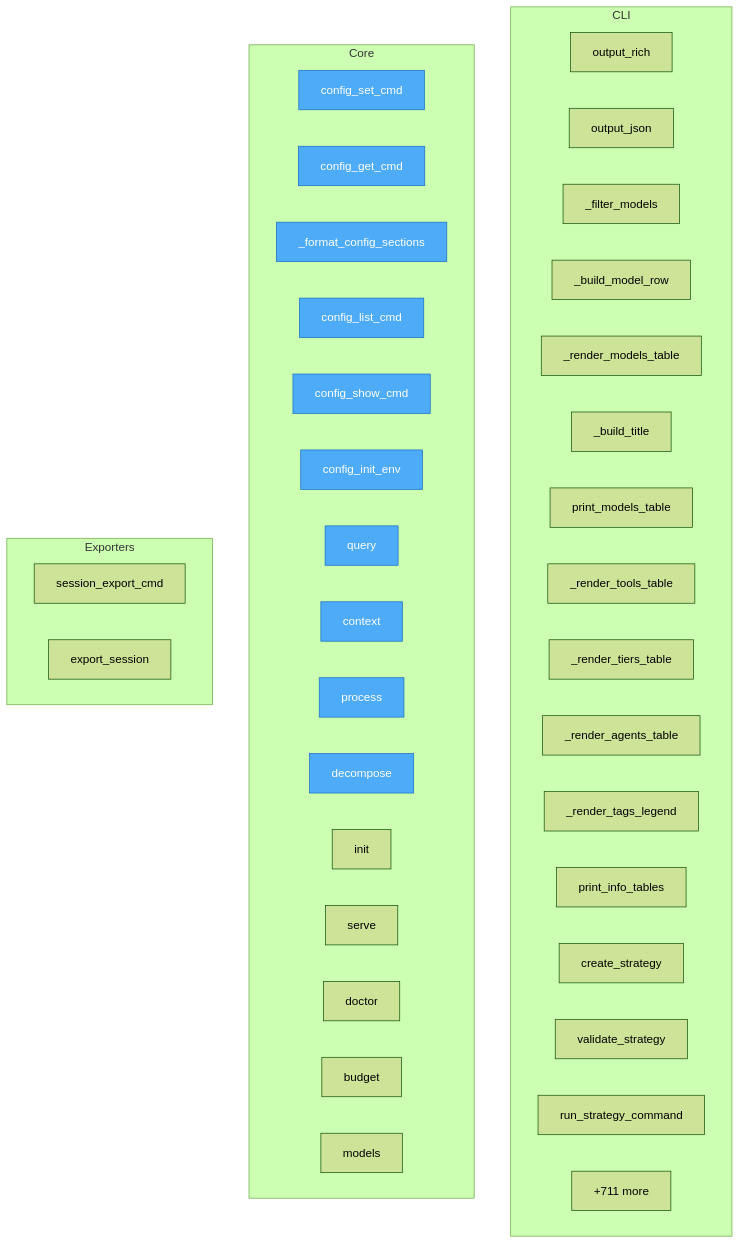
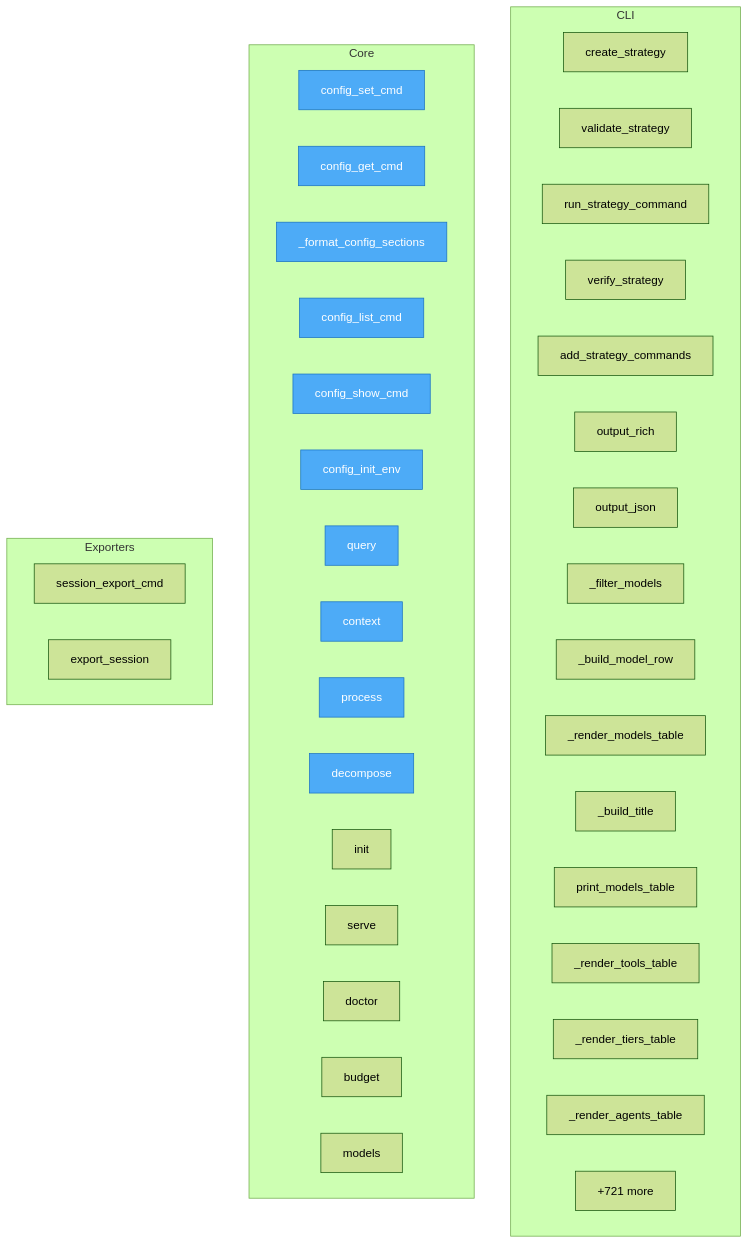
The diagram in project/flow.mmd (semcod/llx), drawn with Mermaid (forest theme) before and after one commit. The commit also changed 45 other files, not shown here.

```diff
--- a/project/flow.mmd
+++ b/project/flow.mmd
@@ -1,49 +1,49 @@
 flowchart TD
 
     %% Entry points (blue)
     classDef entry fill:#4dabf7,stroke:#1971c2,color:#fff
 
     subgraph CLI
+        llx__cli__strategy_commands__create_strategy["create_strategy"]
+        llx__cli__strategy_commands__validate_strategy["validate_strategy"]
+        llx__cli__strategy_commands__run_strategy_command["run_strategy_command"]
+        llx__cli__strategy_commands__verify_strategy["verify_strategy"]
+        llx__cli__strategy_commands__add_strategy_commands["add_strategy_commands"]
         llx__cli__formatters__output_rich["output_rich"]
         llx__cli__formatters__output_json["output_json"]
         llx__cli__formatters___filter_models["_filter_models"]
         llx__cli__formatters___build_model_row["_build_model_row"]
         llx__cli__formatters___render_models_table["_render_models_table"]
         llx__cli__formatters___build_title["_build_title"]
         llx__cli__formatters__print_models_table["print_models_table"]
         llx__cli__formatters___render_tools_table["_render_tools_table"]
         llx__cli__formatters___render_tiers_table["_render_tiers_table"]
         llx__cli__formatters___render_agents_table["_render_agents_table"]
-        llx__cli__formatters___render_tags_legend["_render_tags_legend"]
-        llx__cli__formatters__print_info_tables["print_info_tables"]
-        llx__cli__strategy_commands__create_strategy["create_strategy"]
-        llx__cli__strategy_commands__validate_strategy["validate_strategy"]
-        llx__cli__strategy_commands__run_strategy_command["run_strategy_command"]
-        ...["+19 more"]
+        ...["+20 more"]
     end
 
     subgraph Core
         llx__prellm__cli_config__config_set_cmd["config_set_cmd"]
         llx__prellm__cli_config__config_get_cmd["config_get_cmd"]
         llx__prellm__cli_config___format_config_sections["_format_config_sections"]
         llx__prellm__cli_config__config_list_cmd["config_list_cmd"]
         llx__prellm__cli_config__config_show_cmd["config_show_cmd"]
         llx__prellm__cli_config__config_init_env["config_init_env"]
         llx__prellm__cli__query["query"]
         llx__prellm__cli__context["context"]
         llx__prellm__cli__process["process"]
         llx__prellm__cli__decompose["decompose"]
         llx__prellm__cli__init["init"]
         llx__prellm__cli__serve["serve"]
         llx__prellm__cli__doctor["doctor"]
         llx__prellm__cli__budget["budget"]
         llx__prellm__cli__models["models"]
-        ...["+711 more"]
+        ...["+721 more"]
     end
 
     subgraph Exporters
         llx__prellm__cli__session_export_cmd["session_export_cmd"]
         llx__prellm__context__user_memory__UserMemory__export_session["export_session"]
     end
 
     class llx__prellm__cli_config__config_set_cmd,llx__prellm__cli_config__config_get_cmd,llx__prellm__cli_config___format_config_sections,llx__prellm__cli_config__config_list_cmd,llx__prellm__cli_config__config_show_cmd,llx__prellm__cli_config__config_init_env,llx__prellm__cli__query,llx__prellm__cli__context,llx__prellm__cli__process,llx__prellm__cli__decompose entry
```
